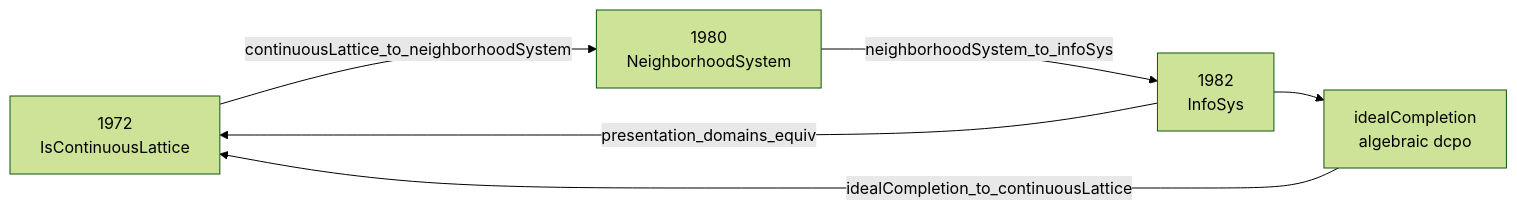
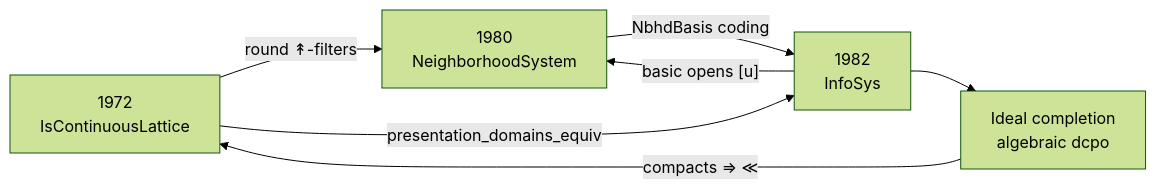
One commit to catskillsresearch/scott_models changed the first of 2 diagrams in arxiv.md. Above: the diagram before and after it, drawn with Mermaid (forest theme). The commit also changed other lines of this file and 5 other files, not shown here.

````diff
--- a/arxiv.md
+++ b/arxiv.md
@@ -16,13 +47,14 @@
 ```mermaid
 flowchart LR
   CL["1972<br/>IsContinuousLattice"]
   NB["1980<br/>NeighborhoodSystem"]
   INF["1982<br/>InfoSys"]
-  ALG["idealCompletion<br/>algebraic dcpo"]
+  ALG["Ideal completion<br/>algebraic dcpo"]
 
-  CL -->|"continuousLattice_to_neighborhoodSystem"| NB
-  NB -->|"neighborhoodSystem_to_infoSys"| INF
+  CL -->|"round ↟-filters"| NB
+  NB -->|"NbhdBasis coding"| INF
+  INF -->|"basic opens [u]"| NB
   INF --> ALG
-  ALG -->|"idealCompletion_to_continuousLattice"| CL
-  INF -->|"presentation_domains_equiv"| CL
+  ALG -->|"compacts ⇒ ≪"| CL
+  CL -->|"presentation_domains_equiv"| INF
 ```
````
